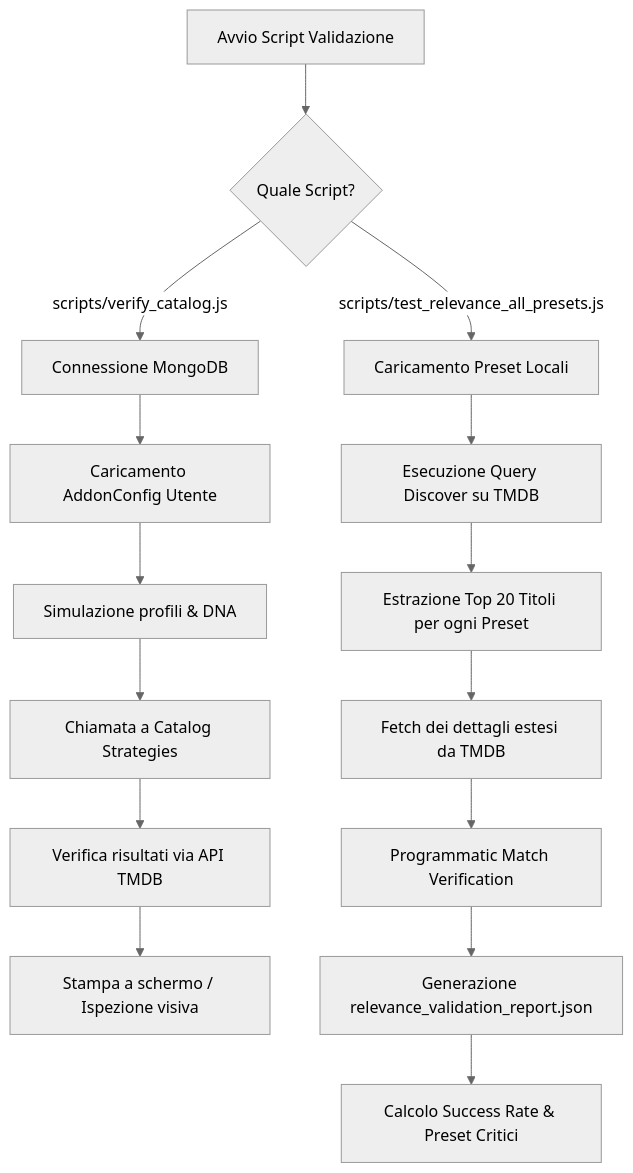
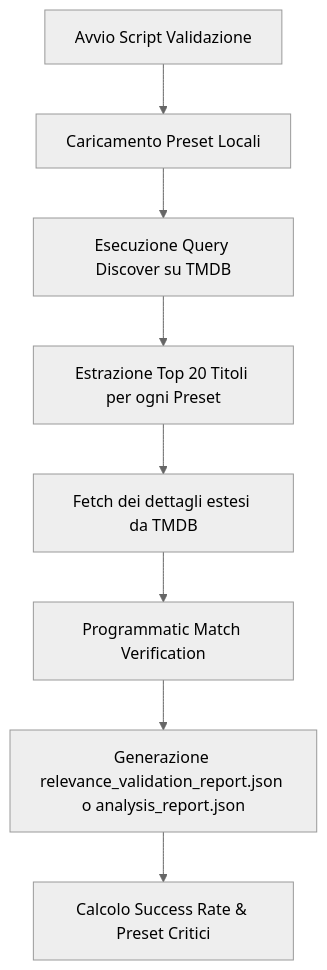
Before and after one commit to gabrielefuoco/YACA: the diagram in docs/TESTING_UTILITIES.md, drawn with Mermaid (neutral theme). The commit also changed other lines of this file and 3 other files, not shown here.

Commit message:
docs: update and extend documentation for background stream scanner, dual-query stream resolution and all admin scripts

````diff
--- a/docs/TESTING_UTILITIES.md
+++ b/docs/TESTING_UTILITIES.md
@@ -79,19 +74,10 @@
 ```mermaid
 flowchart TD
-    A[Avvio Script Validazione] --> B{Quale Script?}
-    
-    B -- scripts/verify_catalog.js --> C[Connessione MongoDB]
-    C --> D[Caricamento AddonConfig Utente]
-    D --> E[Simulazione profili & DNA]
-    E --> F[Chiamata a Catalog Strategies]
-    F --> G[Verifica risultati via API TMDB]
-    G --> H[Stampa a schermo / Ispezione visiva]
-    
-    B -- scripts/test_relevance_all_presets.js --> I[Caricamento Preset Locali]
+    A[Avvio Script Validazione] --> I[Caricamento Preset Locali]
     I --> J[Esecuzione Query Discover su TMDB]
     J --> K[Estrazione Top 20 Titoli per ogni Preset]
     K --> L[Fetch dei dettagli estesi da TMDB]
     L --> M[Programmatic Match Verification]
-    M --> N[Generazione relevance_validation_report.json]
+    M --> N[Generazione relevance_validation_report.json o analysis_report.json]
     N --> O[Calcolo Success Rate & Preset Critici]
 ```
````
